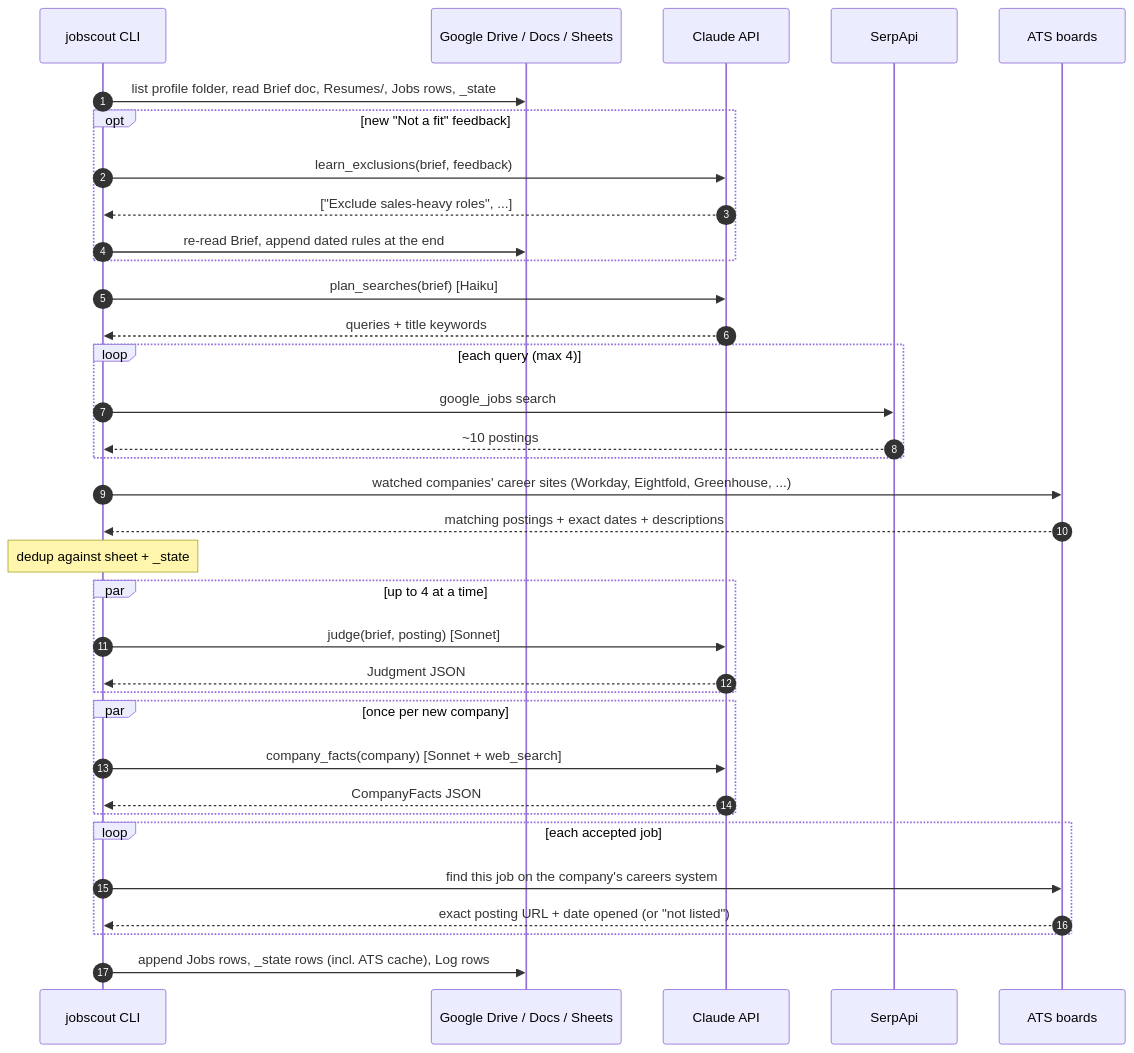
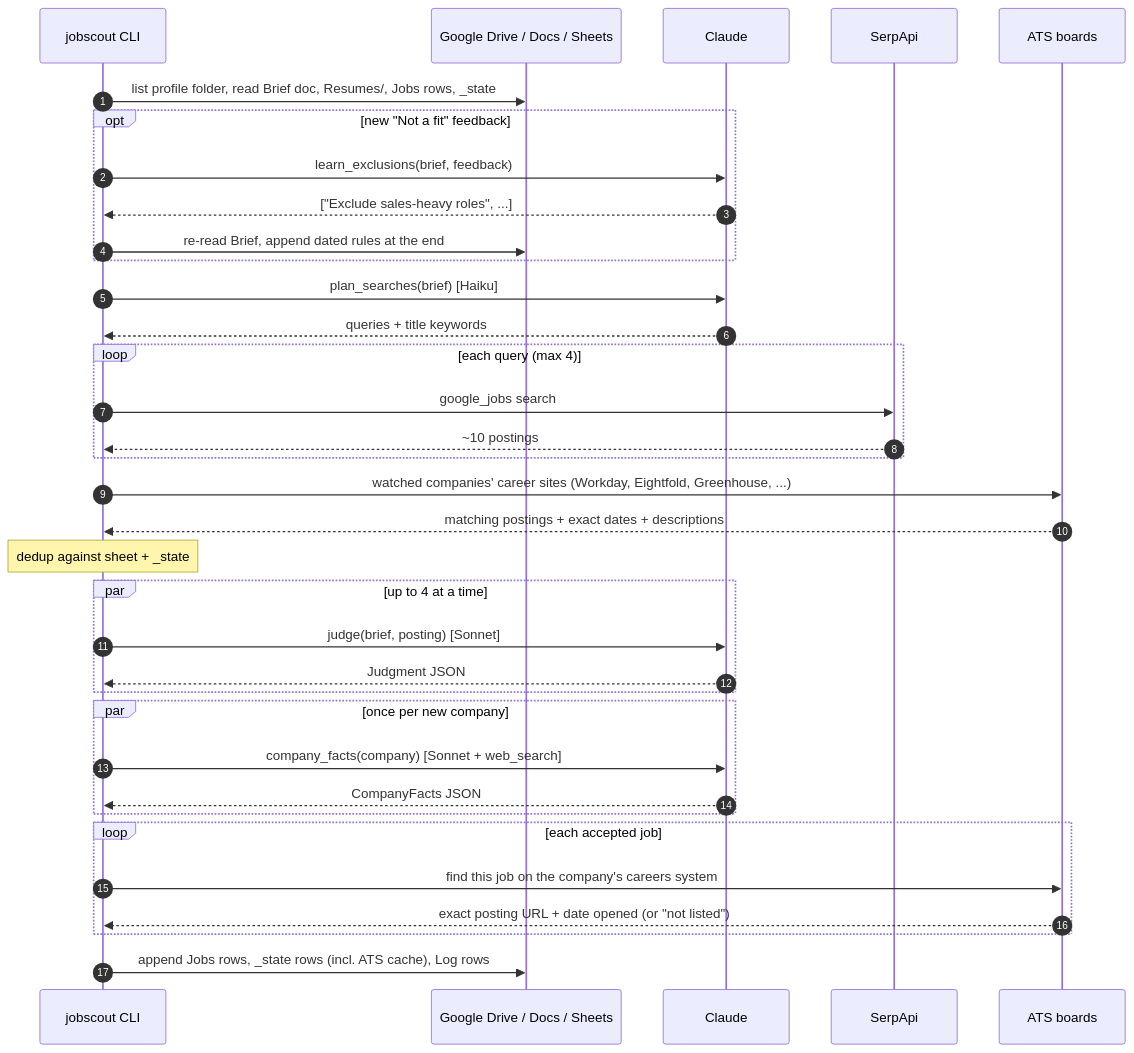
One commit to juliavasan/job-scout changed the third of 6 diagrams in docs/ARCHITECTURE.md. Above: the diagram before and after it, drawn with Mermaid. The commit also changed other lines of this file and 14 other files, not shown here.

````diff
--- a/docs/ARCHITECTURE.md
+++ b/docs/ARCHITECTURE.md
@@ -91,38 +91,38 @@
 ```mermaid
 sequenceDiagram
     autonumber
     participant CLI as jobscout CLI
     participant G as Google Drive / Docs / Sheets
-    participant C as Claude API
+    participant C as Claude
     participant SA as SerpApi
     participant ATS as ATS boards
 
     CLI->>G: list profile folder, read Brief doc, Resumes/, Jobs rows, _state
     opt new "Not a fit" feedback
         CLI->>C: learn_exclusions(brief, feedback)
         C-->>CLI: ["Exclude sales-heavy roles", ...]
         CLI->>G: re-read Brief, append dated rules at the end
     end
     CLI->>C: plan_searches(brief) [Haiku]
     C-->>CLI: queries + title keywords
     loop each query (max 4)
         CLI->>SA: google_jobs search
         SA-->>CLI: ~10 postings
     end
     CLI->>ATS: watched companies' career sites (Workday, Eightfold, Greenhouse, ...)
     ATS-->>CLI: matching postings + exact dates + descriptions
     Note over CLI: dedup against sheet + _state
     par up to 4 at a time
         CLI->>C: judge(brief, posting) [Sonnet]
         C-->>CLI: Judgment JSON
     end
     par once per new company
         CLI->>C: company_facts(company) [Sonnet + web_search]
         C-->>CLI: CompanyFacts JSON
     end
     loop each accepted job
         CLI->>ATS: find this job on the company's careers system
         ATS-->>CLI: exact posting URL + date opened (or "not listed")
     end
     CLI->>G: append Jobs rows, _state rows (incl. ATS cache), Log rows
 ```
````
